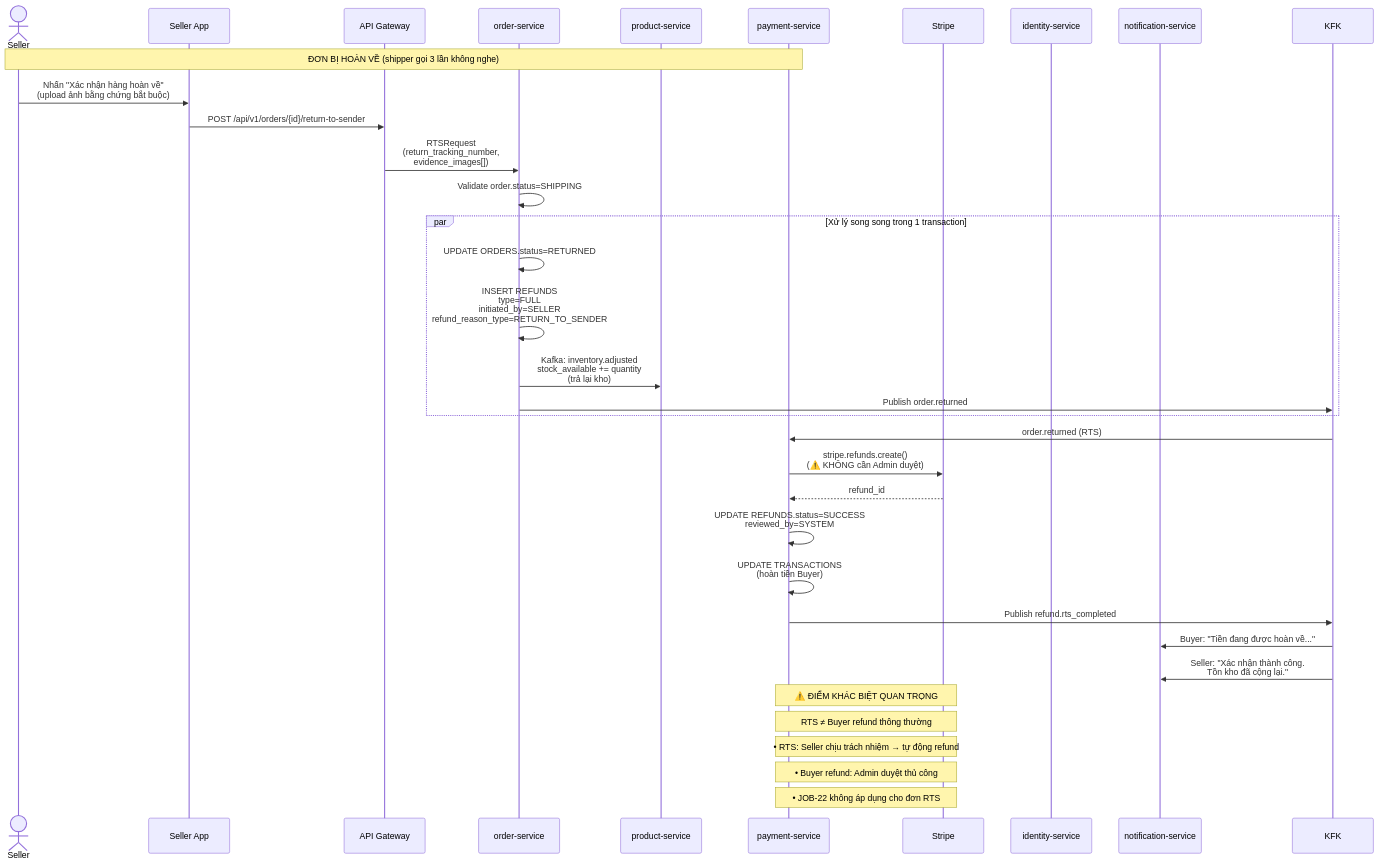
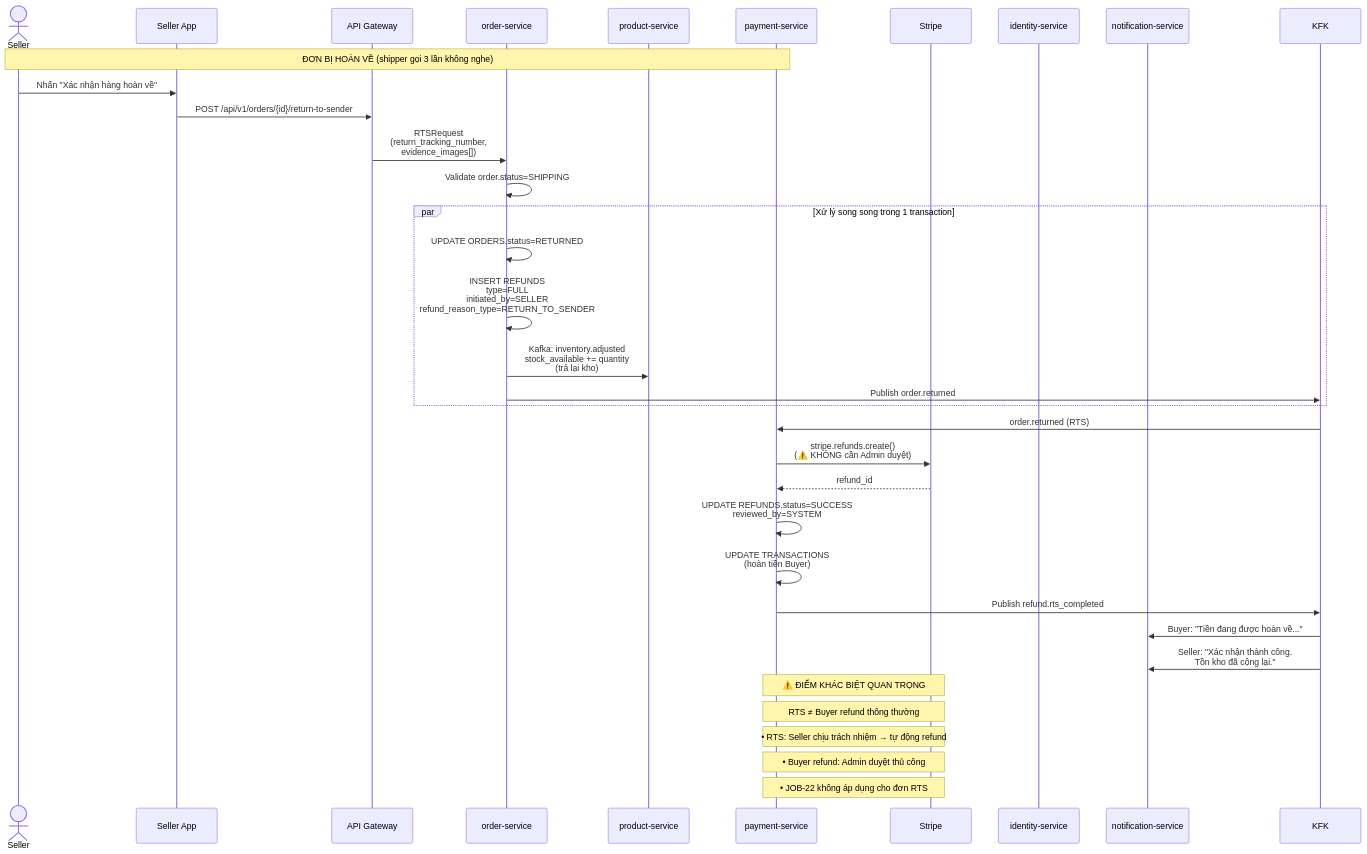
Before and after one commit to ldqanh1408/stealing-from-paradise: diagram 14 of 18 in docs/business/07_BUSINESS_FLOWS.md, drawn with Mermaid. The commit also changed other lines of this file and 21 other files, not shown here.

````diff
--- a/docs/business/07_BUSINESS_FLOWS.md
+++ b/docs/business/07_BUSINESS_FLOWS.md
@@ -518,42 +518,42 @@
 ```mermaid
 sequenceDiagram
     actor Seller
     participant FE_S as Seller App
     participant GW as API Gateway
     participant ORD as order-service
     participant PRD as product-service
     participant PAY as payment-service
     participant STR as Stripe
     participant IDT as identity-service
     participant NTF as notification-service
 
     Note over Seller,PAY: ĐƠN BỊ HOÀN VỀ (shipper gọi 3 lần không nghe)
-    Seller->>FE_S: Nhấn "Xác nhận hàng hoàn về"<br>(upload ảnh bằng chứng bắt buộc)
+    Seller->>FE_S: Nhấn "Xác nhận hàng hoàn về"
     FE_S->>GW: POST /api/v1/orders/{id}/return-to-sender
     GW->>ORD: RTSRequest<br>(return_tracking_number,<br>evidence_images[])
     ORD->>ORD: Validate order.status=SHIPPING
 
     par Xử lý song song trong 1 transaction
         ORD->>ORD: UPDATE ORDERS.status=RETURNED
         ORD->>ORD: INSERT REFUNDS<br>type=FULL<br>initiated_by=SELLER<br>refund_reason_type=RETURN_TO_SENDER
         ORD->>PRD: Kafka: inventory.adjusted<br>stock_available += quantity<br>(trả lại kho)
         ORD->>KFK: Publish order.returned
     end
 
     KFK->>PAY: order.returned (RTS)
     PAY->>STR: stripe.refunds.create()<br>(⚠️ KHÔNG cần Admin duyệt)
     STR-->>PAY: refund_id
 
     PAY->>PAY: UPDATE REFUNDS.status=SUCCESS<br>reviewed_by=SYSTEM
     PAY->>PAY: UPDATE TRANSACTIONS<br>(hoàn tiền Buyer)
     PAY->>KFK: Publish refund.rts_completed
 
     KFK->>NTF: Buyer: "Tiền đang được hoàn về..."
     KFK->>NTF: Seller: "Xác nhận thành công.<br>Tồn kho đã cộng lại."
 
     Note over PAY,STR: ⚠️ ĐIỂM KHÁC BIỆT QUAN TRỌNG
     Note over PAY,STR: RTS ≠ Buyer refund thông thường
     Note over PAY,STR: • RTS: Seller chịu trách nhiệm → tự động refund
     Note over PAY,STR: • Buyer refund: Admin duyệt thủ công
     Note over PAY,STR: • JOB-22 không áp dụng cho đơn RTS
 ```
````
